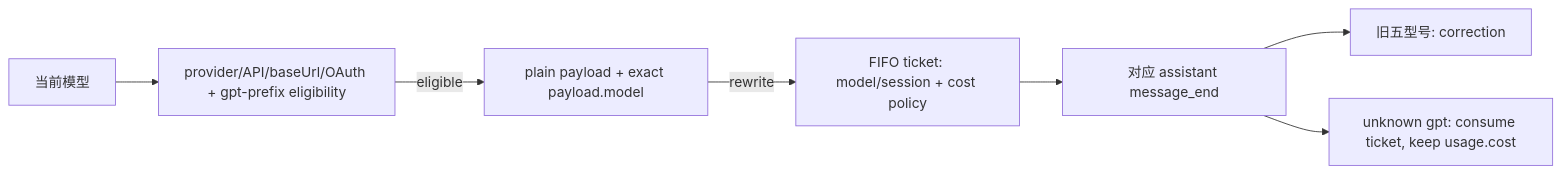
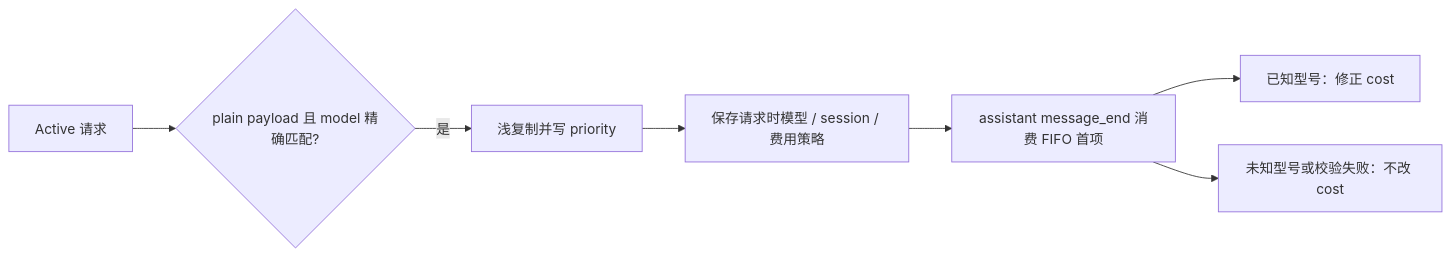
The third of 3 diagrams in docs/02-产品实现/codex-usage-status-技术设计.md (ZHOUKAILIAN/my-pi-extension), drawn with Mermaid before and after one commit. The commit also changed other lines of this file and 14 other files, not shown here.

````diff
--- a/docs/02-产品实现/codex-usage-status-技术设计.md
+++ b/docs/02-产品实现/codex-usage-status-技术设计.md
@@ -25,9 +84,9 @@
 ```mermaid
 flowchart LR
-    model[当前模型] --> gate[provider/API/baseUrl/OAuth + gpt-prefix eligibility]
-    gate -->|eligible| payload[plain payload + exact payload.model]
-    payload -->|rewrite| ticket[FIFO ticket: model/session + cost policy]
-    ticket --> message[对应 assistant message_end]
-    message --> known[旧五型号: correction]
-    message --> unknown[unknown gpt: consume ticket, keep usage.cost]
+    request[Active 请求] --> match{plain payload 且 model 精确匹配?}
+    match -->|是| rewrite[浅复制并写 priority]
+    rewrite --> ticket[保存请求时模型 / session / 费用策略]
+    ticket --> response[assistant message_end 消费 FIFO 首项]
+    response --> known[已知型号：修正 cost]
+    response --> unknown[未知型号或校验失败：不改 cost]
 ```
````
